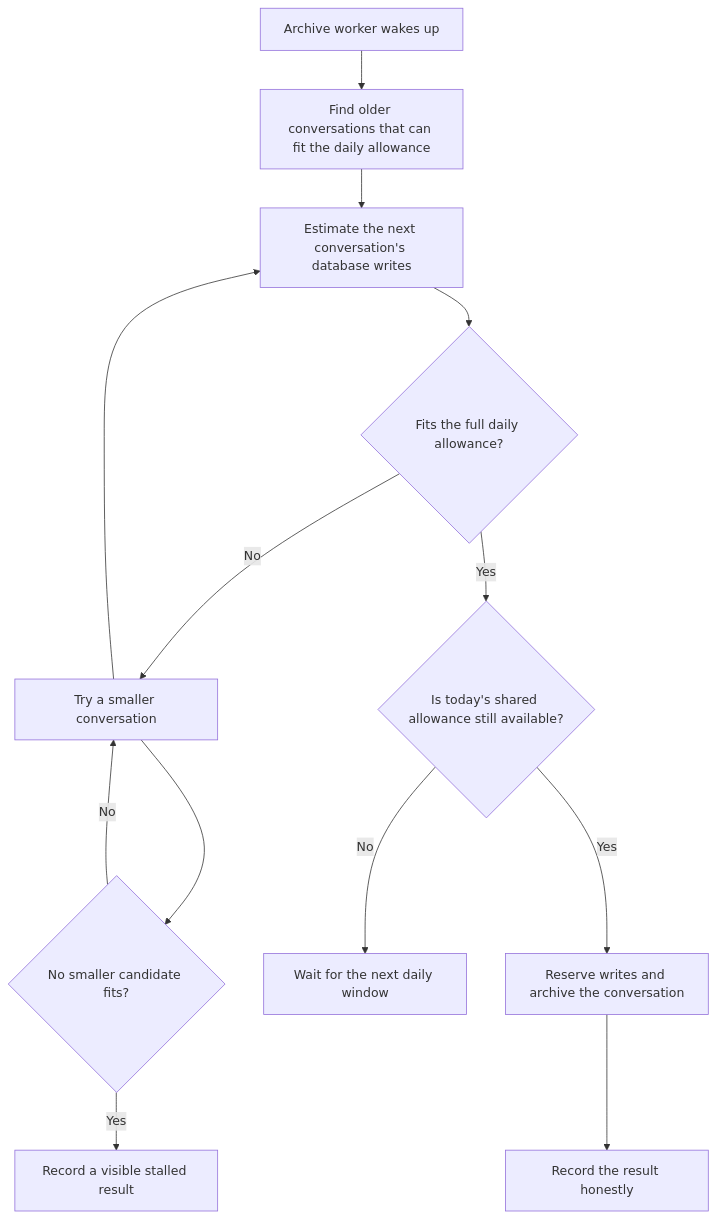
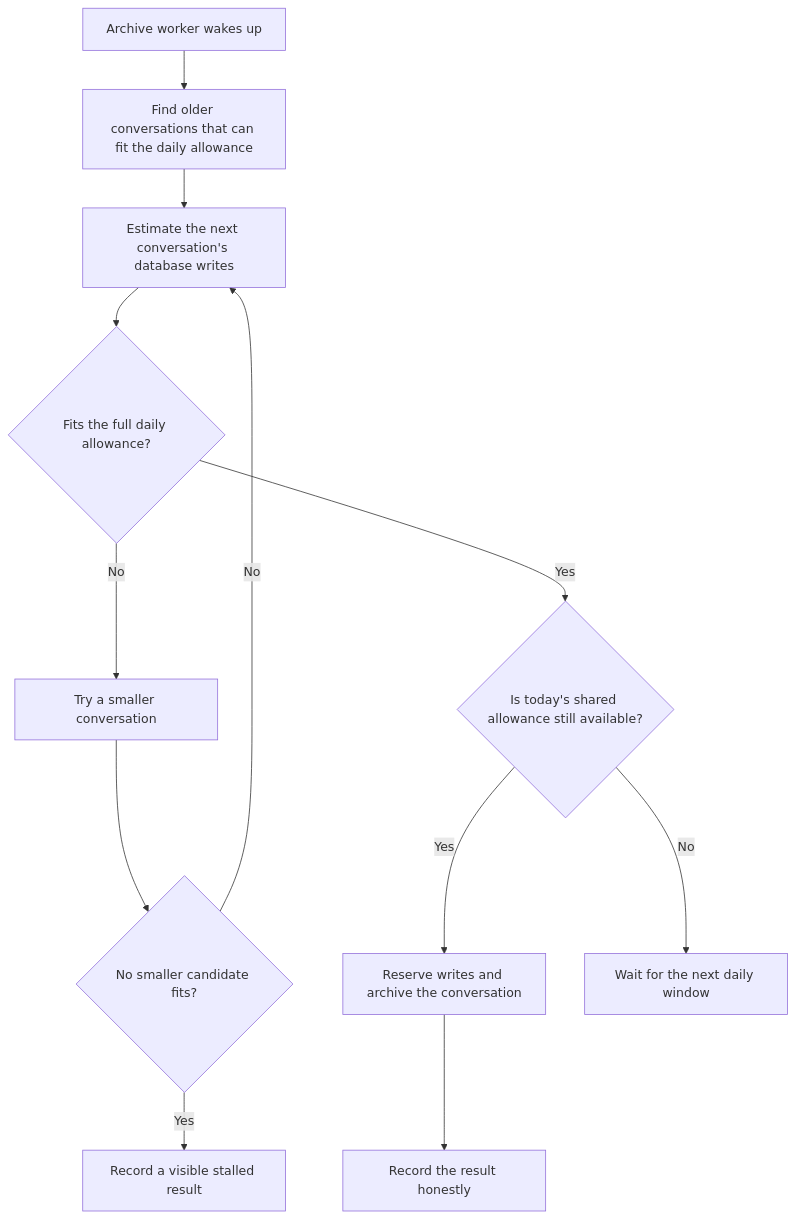
Before and after one commit to raphaeltm/simple-agent-manager: the diagram in apps/www/src/content/blog/sams-journal-the-archive-learned-to-skip-ahead.md, drawn with Mermaid.

Commit message:
docs(blog): clarify archive fallback diagram

````diff
--- a/apps/www/src/content/blog/sams-journal-the-archive-learned-to-skip-ahead.md
+++ b/apps/www/src/content/blog/sams-journal-the-archive-learned-to-skip-ahead.md
@@ -38,15 +38,14 @@
 ```mermaid
 flowchart TD
     A["Archive worker wakes up"] --> B["Find older conversations that can fit the daily allowance"]
     B --> C["Estimate the next conversation's database writes"]
     C --> D{"Fits the full daily allowance?"}
     D -->|"No"| E["Try a smaller conversation"]
-    E --> C
+    E --> J{"No smaller candidate fits?"}
     D -->|"Yes"| F{"Is today's shared allowance still available?"}
     F -->|"Yes"| G["Reserve writes and archive the conversation"]
     F -->|"No"| H["Wait for the next daily window"]
     G --> I["Record the result honestly"]
-    E --> J{"No smaller candidate fits?"}
     J -->|"Yes"| K["Record a visible stalled result"]
-    J -->|"No"| E
+    J -->|"No"| C
 ```
````
